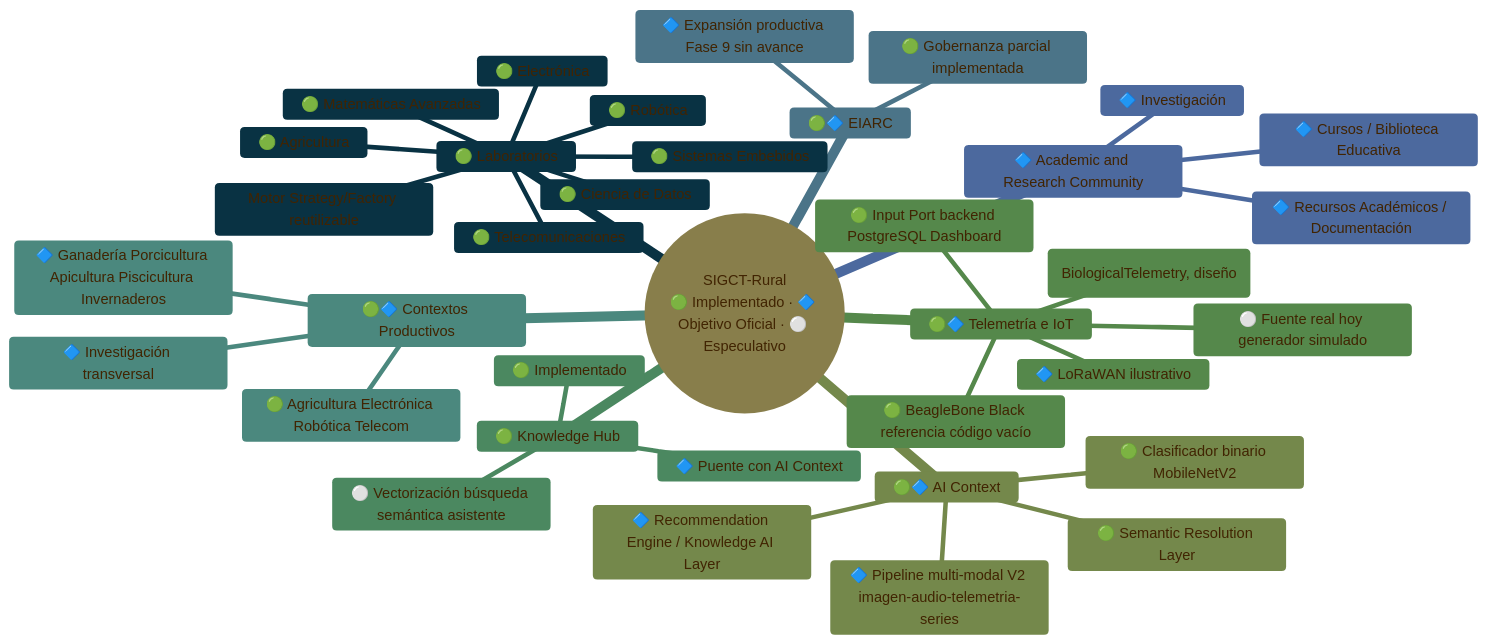
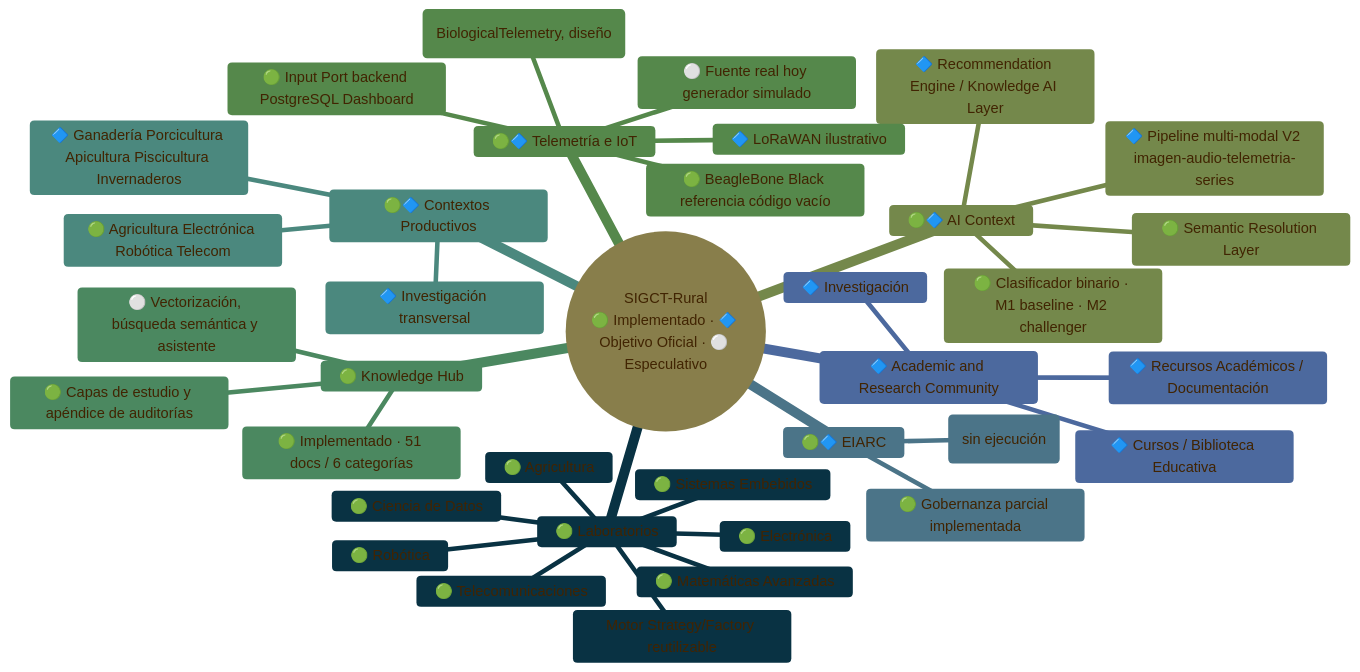
Before and after one commit to badolgm/sigcTiArural: the first of 5 diagrams in README.md, drawn with Mermaid. The commit also changed other lines of this file and 9 other files, not shown here.

````diff
--- a/README.md
+++ b/README.md
@@ -154,40 +155,40 @@
 ```mermaid
 %%{init: {'theme':'base', 'themeVariables': { 'primaryColor':'#c2ba91','primaryTextColor':'#412402','primaryBorderColor':'#3f9999','lineColor':'#6e854349','secondaryColor':'#1887b3','tertiaryColor':'#9badcf'}}}%%
 mindmap
   root((SIGCT-Rural<br/>🟢 Implementado · 🔷 Objetivo Oficial · ⚪ Especulativo))
     🟢 Laboratorios
       Motor Strategy/Factory reutilizable
       🟢 Agricultura
       🟢 Electrónica
       🟢 Robótica
       🟢 Telecomunicaciones
       🟢 Sistemas Embebidos
       🟢 Matemáticas Avanzadas
       🟢 Ciencia de Datos
     🔷 Academic and Research Community
       🔷 Cursos / Biblioteca Educativa
       🔷 Investigación
       🔷 Recursos Académicos / Documentación
     🟢🔷 AI Context
-      🟢 Clasificador binario MobileNetV2
+      🟢 Clasificador binario · M1 baseline · M2 challenger
       🟢 Semantic Resolution Layer
       🔷 Pipeline multi-modal V2 imagen-audio-telemetria-series
       🔷 Recommendation Engine / Knowledge AI Layer
     🟢🔷 Telemetría e IoT
       🟢 Input Port backend PostgreSQL Dashboard
       🟢 BeagleBone Black referencia código vacío
       🔷 LoRaWAN ilustrativo
       🔷 UBTN — telemetría biológica (BiologicalTelemetry, diseño)
       ⚪ Fuente real hoy generador simulado
     🟢 Knowledge Hub
-      🟢 Implementado
-      🔷 Puente con AI Context
-      ⚪ Vectorización búsqueda semántica asistente
+      🟢 Implementado · 51 docs / 6 categorías
+      🟢 Capas de estudio y apéndice de auditorías
+      ⚪ Vectorización, búsqueda semántica y asistente
     🟢🔷 Contextos Productivos
       🟢 Agricultura Electrónica Robótica Telecom
       🔷 Ganadería Porcicultura Apicultura Piscicultura Invernaderos
       🔷 Investigación transversal
     🟢🔷 EIARC
       🟢 Gobernanza parcial implementada
-      🔷 Expansión productiva Fase 9 sin avance
+      🔷 Expansión productiva Fase 9 planificada (sin ejecución)
 ```
````
